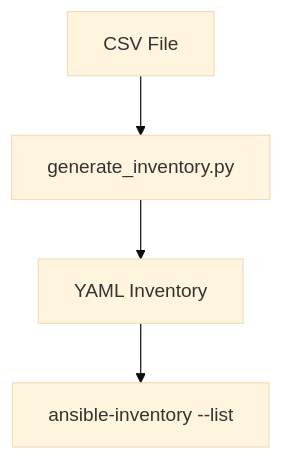
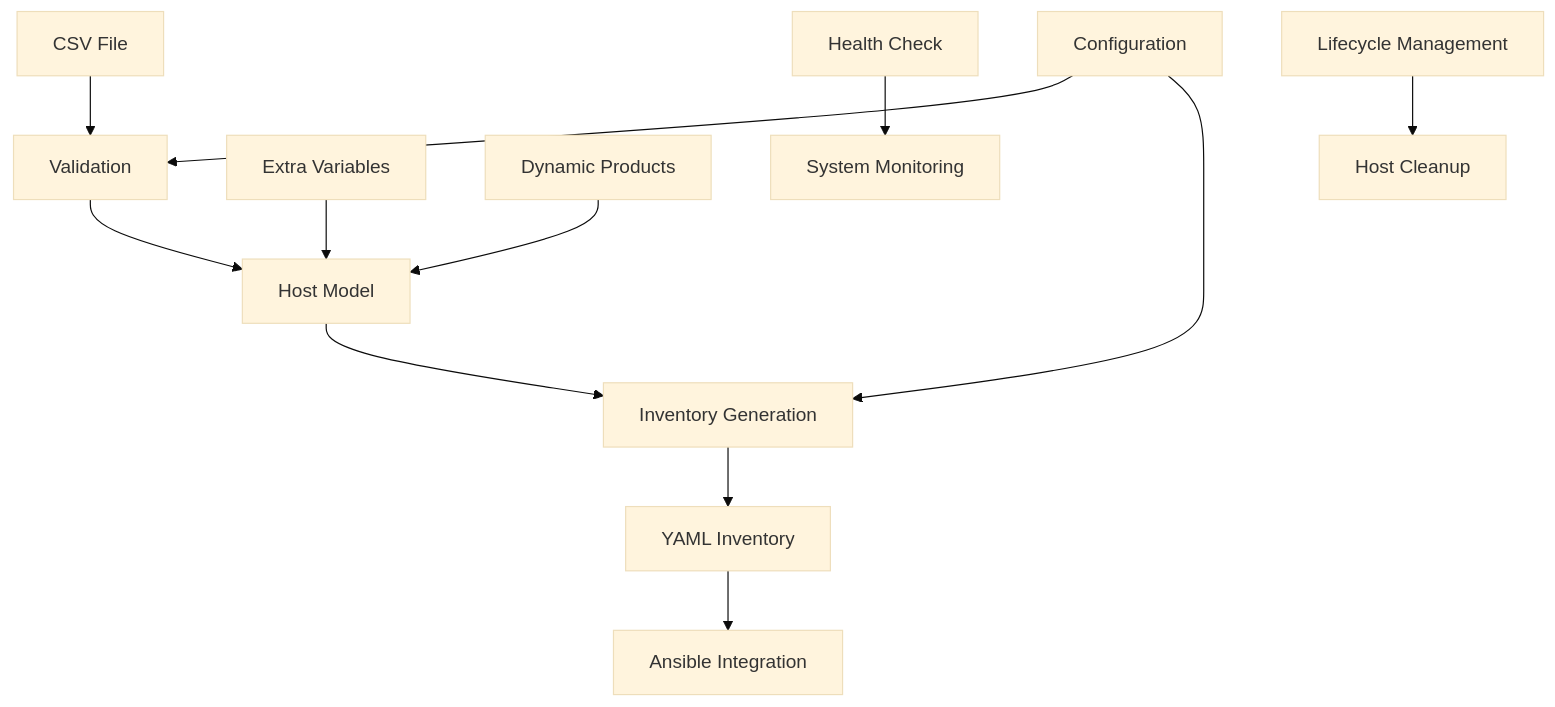
The diagram in docs/index.md (koelewijnit/ansible-inventory), drawn with Mermaid (base theme) before and after one commit. The commit also changed other lines of this file and 15 other files, not shown here.

````diff
--- a/docs/index.md
+++ b/docs/index.md
@@ -28,6 +81,17 @@
 ```mermaid
 flowchart TD
-    A[CSV File] --> B[generate_inventory.py]
-    B --> C[YAML Inventory]
-    C --> D[ansible-inventory --list]
+    A[CSV File] --> B[Validation]
+    B --> C[Host Model]
+    C --> D[Inventory Generation]
+    D --> E[YAML Inventory]
+    E --> F[Ansible Integration]
+    
+    G[Configuration] --> B
+    G --> D
+    
+    H[Extra Variables] --> C
+    I[Dynamic Products] --> C
+    
+    J[Health Check] --> K[System Monitoring]
+    L[Lifecycle Management] --> M[Host Cleanup]
 ```
````
